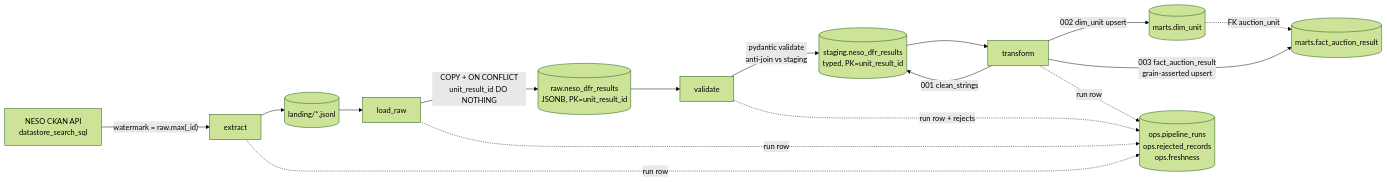
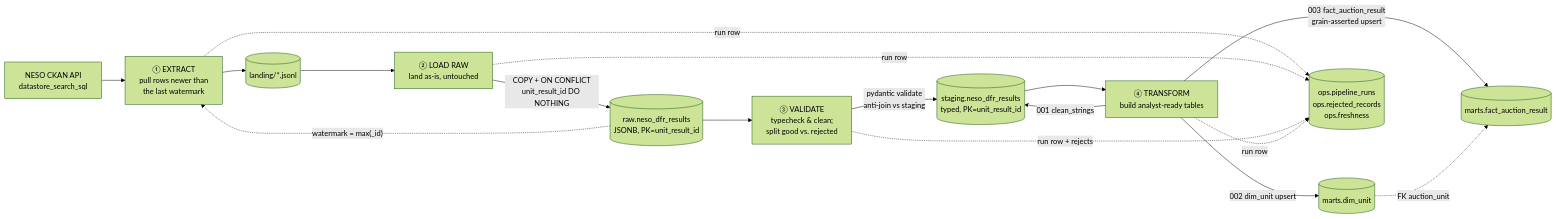
Before and after one commit to e-mcdonald/habitattakehome: the diagram in NOTES.md, drawn with Mermaid (forest theme). The commit also changed other lines of this file and 4 other files, not shown here.

````diff
--- a/NOTES.md
+++ b/NOTES.md
@@ -13,33 +9,34 @@
 ```mermaid
 flowchart LR
     NESO["NESO CKAN API<br/>datastore_search_sql"]
 
-    EX["extract"]
-    LD["load_raw"]
-    VA["validate"]
-    TR["transform"]
+    EX["① EXTRACT<br/>pull rows newer than<br/>the last watermark"]
+    LD["② LOAD RAW<br/>land as-is, untouched"]
+    VA["③ VALIDATE<br/>typecheck &amp; clean;<br/>split good vs. rejected"]
+    TR["④ TRANSFORM<br/>build analyst-ready tables"]
 
     JSONL[("landing/*.jsonl")]
     RAW[("raw.neso_dfr_results<br/>JSONB, PK=unit_result_id")]
     STG[("staging.neso_dfr_results<br/>typed, PK=unit_result_id")]
     DIM[("marts.dim_unit")]
     FACT[("marts.fact_auction_result")]
     OPS[("ops.pipeline_runs<br/>ops.rejected_records<br/>ops.freshness")]
 
-    NESO -->|"watermark = raw.max(_id)"| EX
+    RAW -.->|"watermark = max(_id)"| EX
+    NESO --> EX
     EX --> JSONL
     JSONL --> LD
     LD -->|"COPY + ON CONFLICT<br/>unit_result_id DO NOTHING"| RAW
     RAW --> VA
     VA -->|"pydantic validate<br/>anti-join vs staging"| STG
     STG --> TR
     TR -->|"001 clean_strings"| STG
     TR -->|"002 dim_unit upsert"| DIM
     TR -->|"003 fact_auction_result<br/>grain-asserted upsert"| FACT
     DIM -.->|"FK auction_unit"| FACT
 
     EX -. run row .-> OPS
     LD -. run row .-> OPS
     VA -. run row + rejects .-> OPS
     TR -. run row .-> OPS
 ```
````
